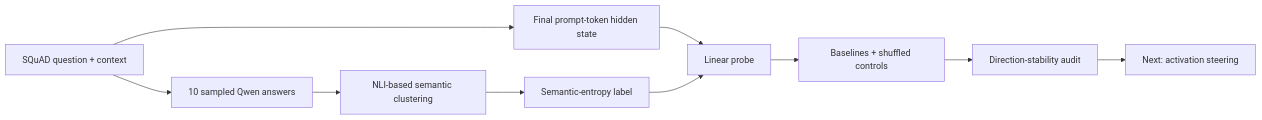
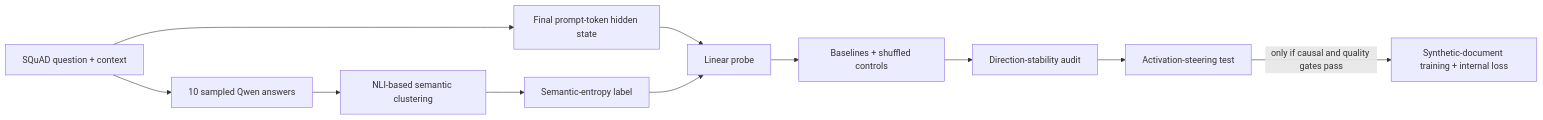
One commit to WenyiJin2003/mechanistic-confidence-sdt changed the diagram in README.md. Above: the diagram before and after it, drawn with Mermaid. The commit also changed other lines of this file and 2 other files, not shown here.

````diff
--- a/README.md
+++ b/README.md
@@ -15,12 +27,13 @@
 ```mermaid
 flowchart LR
     Q["SQuAD question + context"] --> G["10 sampled Qwen answers"]
     G --> N["NLI-based semantic clustering"]
     N --> E["Semantic-entropy label"]
     Q --> H["Final prompt-token hidden state"]
     H --> P["Linear probe"]
     E --> P
     P --> C["Baselines + shuffled controls"]
     C --> D["Direction-stability audit"]
-    D --> S["Next: activation steering"]
+    D --> S["Activation-steering test"]
+    S -->|"only if causal and quality gates pass"| T["Synthetic-document training + internal loss"]
 ```
````
